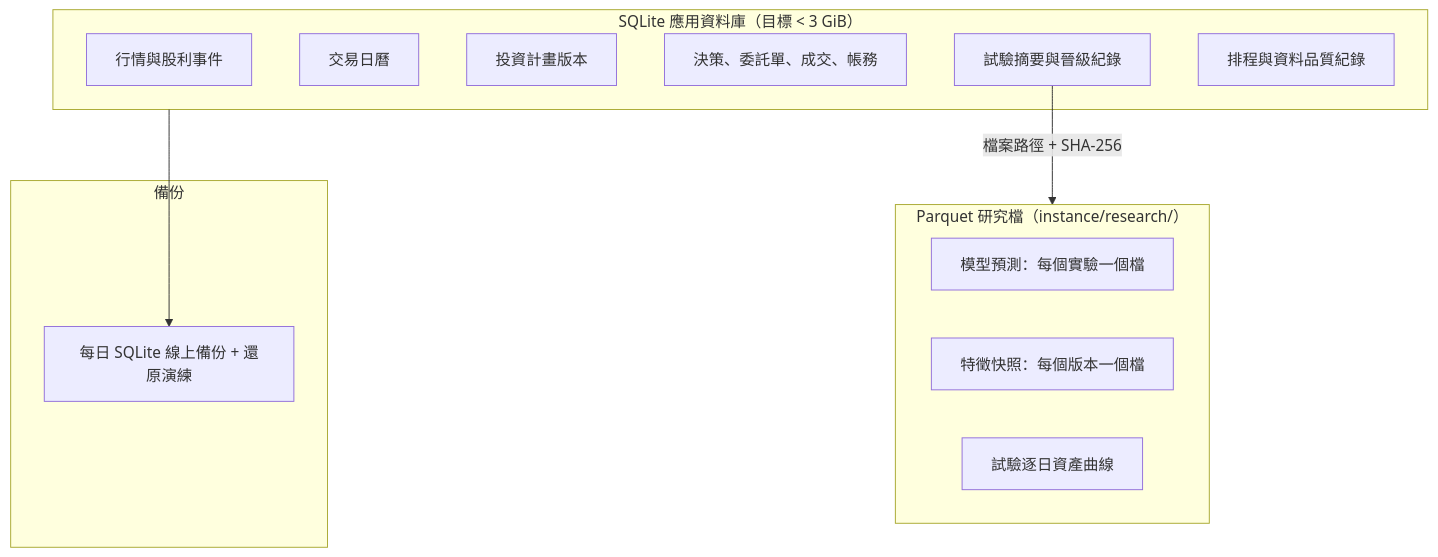
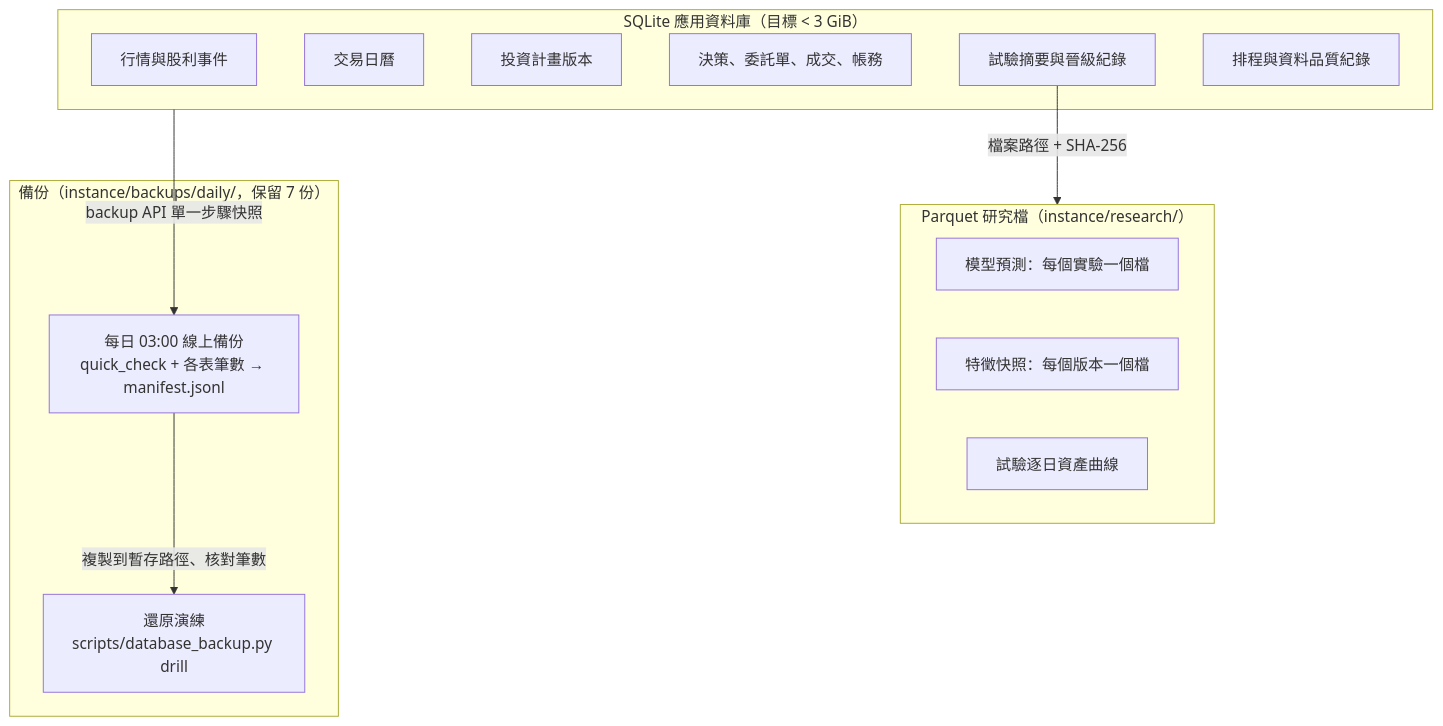
Before and after one commit to ryan73093/StockResearch: the fifth of 6 diagrams in docs/system_architecture.md, drawn with Mermaid. The commit also changed other lines of this file and 22 other files, not shown here.

````diff
--- a/docs/system_architecture.md
+++ b/docs/system_architecture.md
@@ -155,21 +157,23 @@
 ```mermaid
 flowchart TB
     subgraph SQLITE["SQLite 應用資料庫（目標 < 3 GiB）"]
       BARS[行情與股利事件]
       CALT[交易日曆]
       PLANS[投資計畫版本]
       DECS[決策、委託單、成交、帳務]
       TRIALS[試驗摘要與晉級紀錄]
       RUNS[排程與資料品質紀錄]
     end
     subgraph FILES["Parquet 研究檔（instance/research/）"]
       PRED[模型預測：每個實驗一個檔]
       FEAT[特徵快照：每個版本一個檔]
       CURVE[試驗逐日資產曲線]
     end
-    subgraph BACKUP["備份"]
-      BK[每日 SQLite 線上備份 + 還原演練]
+    subgraph BACKUP["備份（instance/backups/daily/，保留 7 份）"]
+      BK["每日 03:00 線上備份<br/>quick_check + 各表筆數 → manifest.jsonl"]
+      DRILL["還原演練<br/>scripts/database_backup.py drill"]
     end
     TRIALS -->|檔案路徑 + SHA-256| FILES
-    SQLITE --> BK
+    SQLITE -->|backup API 單一步驟快照| BK
+    BK -->|複製到暫存路徑、核對筆數| DRILL
 ```
````
